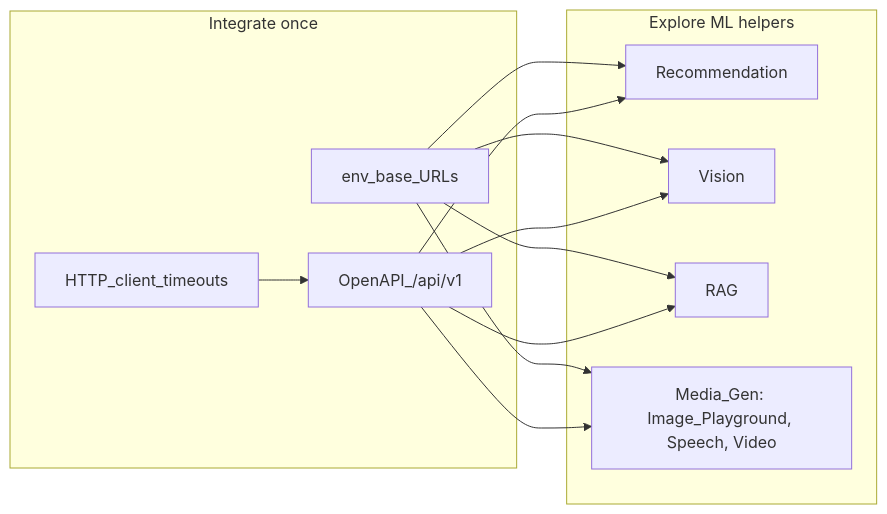
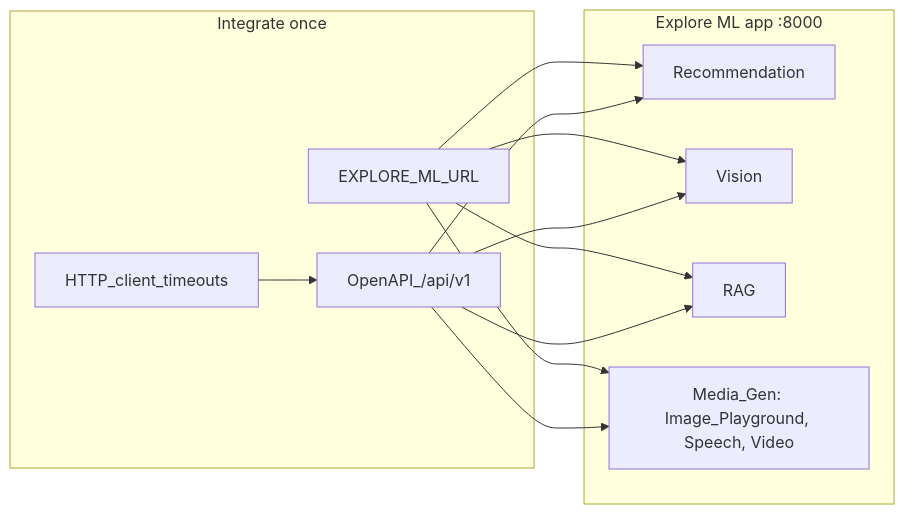
The first of 23 diagrams in docs/Guideline.md (felixzhu97/explore-ml), drawn with Mermaid before and after one commit. The commit also changed other lines of this file and 22 other files, not shown here.

````diff
--- a/docs/Guideline.md
+++ b/docs/Guideline.md
@@ -22,23 +22,23 @@
 ```mermaid
 flowchart LR
   subgraph integrate [Integrate once]
-    Env[env_base_URLs]
+    Env[EXPLORE_ML_URL]
     Client[HTTP_client_timeouts]
     Contract[OpenAPI_/api/v1]
   end
-  subgraph helpers [Explore ML helpers]
+  subgraph app [Explore ML app :8000]
     Rec[Recommendation]
     Vis[Vision]
     Rag[RAG]
     Media["Media_Gen: Image_Playground, Speech, Video"]
   end
   Env --> Rec
   Env --> Vis
   Env --> Rag
   Env --> Media
   Client --> Contract
   Contract --> Rec
   Contract --> Vis
   Contract --> Rag
   Contract --> Media
 ```
````
